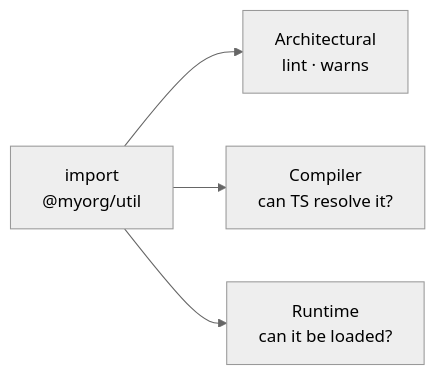
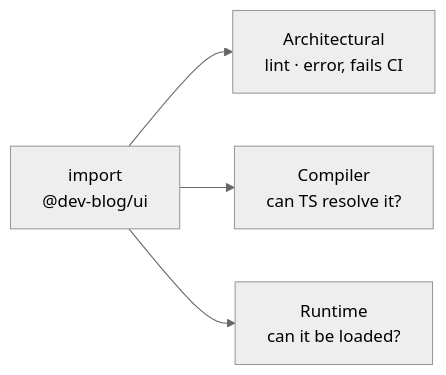
Before and after one commit to fmmenchi/dev-blog: the first of 3 diagrams in apps/blog/content/drafts/can-i-import-this.mdx, drawn with Mermaid (neutral theme). The commit also changed other lines of this file and 10 other files, not shown here.

````diff
--- a/apps/blog/content/drafts/can-i-import-this.mdx
+++ b/apps/blog/content/drafts/can-i-import-this.mdx
@@ -18,6 +32,7 @@
 ```mermaid
 flowchart LR
-  Q["import<br/>@myorg/util"] --> A["Architectural<br/>lint · warns"]
+  accDescr: The single question "can I import this" fans out to three independent answers: an architectural lint rule set to error, TypeScript's resolver, and whichever loader runs the code.
+  Q["import<br/>@dev-blog/ui"] --> A["Architectural<br/>lint · error, fails CI"]
   Q --> C["Compiler<br/>can TS resolve it?"]:::accent
   Q --> R["Runtime<br/>can it be loaded?"]
 ```
````
